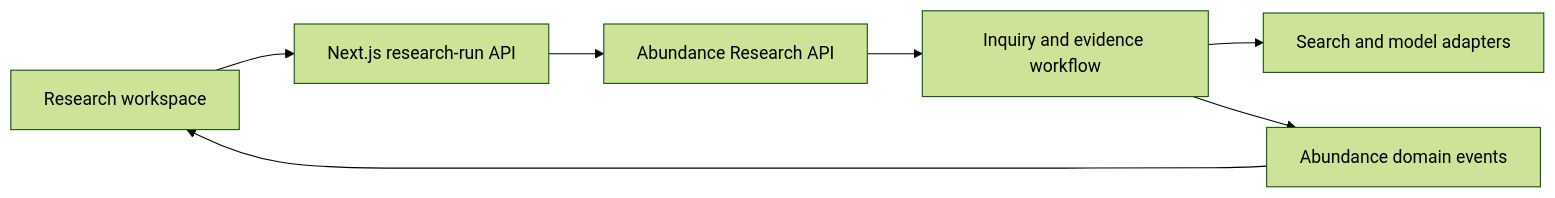
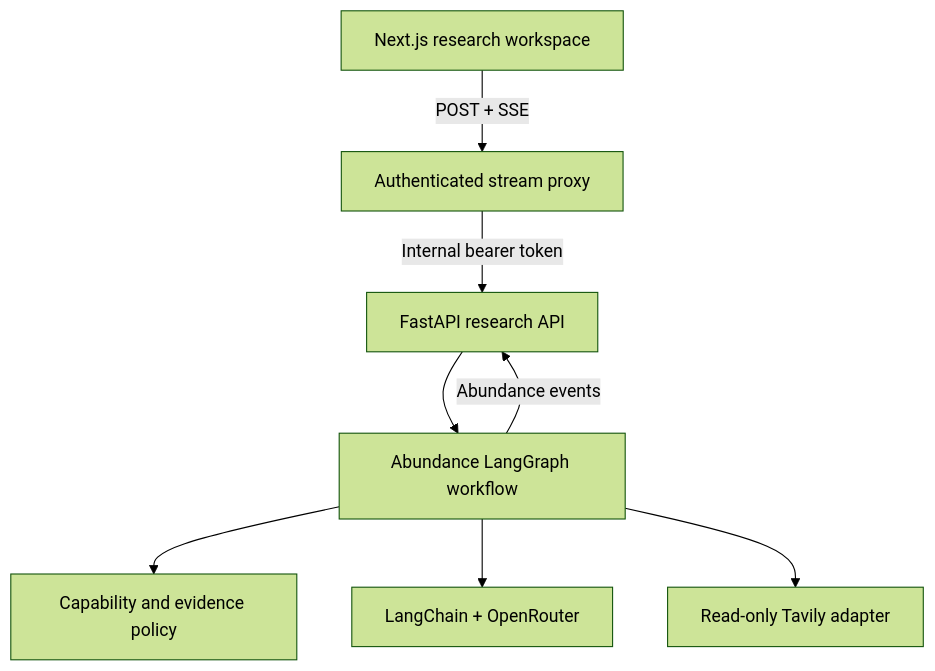
Before and after one commit to ChrBoebel/Abundance: the second of 2 diagrams in README.md, drawn with Mermaid (forest theme). The commit also changed other lines of this file and 12 other files, not shown here.

Commit message:
docs(architecture): publish production operating model

````diff
--- a/README.md
+++ b/README.md
@@ -75,9 +60,18 @@
 ```mermaid
-flowchart LR
-    Browser["Research workspace"] --> WebAPI["Next.js research-run API"]
-    WebAPI --> DomainAPI["Abundance Research API"]
-    DomainAPI --> Workflow["Inquiry and evidence workflow"]
-    Workflow --> Providers["Search and model adapters"]
-    Workflow --> Events["Abundance domain events"]
-    Events --> Browser
+flowchart TB
+    Browser["Next.js research workspace"]
+    BFF["Authenticated stream proxy"]
+    API["FastAPI research API"]
+    Graph["Abundance LangGraph workflow"]
+    Policy["Capability and evidence policy"]
+    Model["LangChain + OpenRouter"]
+    Search["Read-only Tavily adapter"]
+
+    Browser -->|"POST + SSE"| BFF
+    BFF -->|"Internal bearer token"| API
+    API --> Graph
+    Graph --> Policy
+    Graph --> Model
+    Graph --> Search
+    Graph -->|"Abundance events"| API
 ```
````
